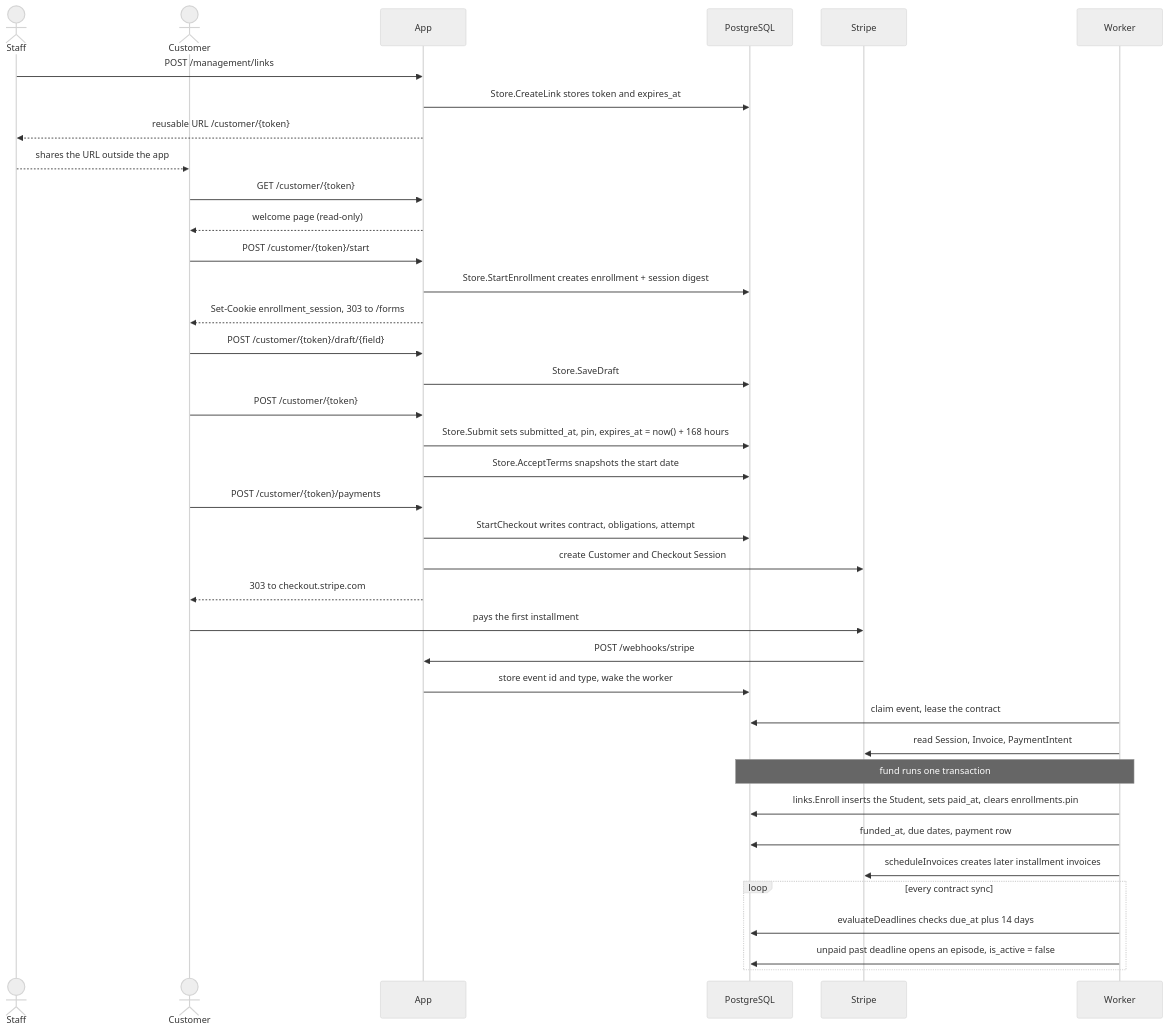
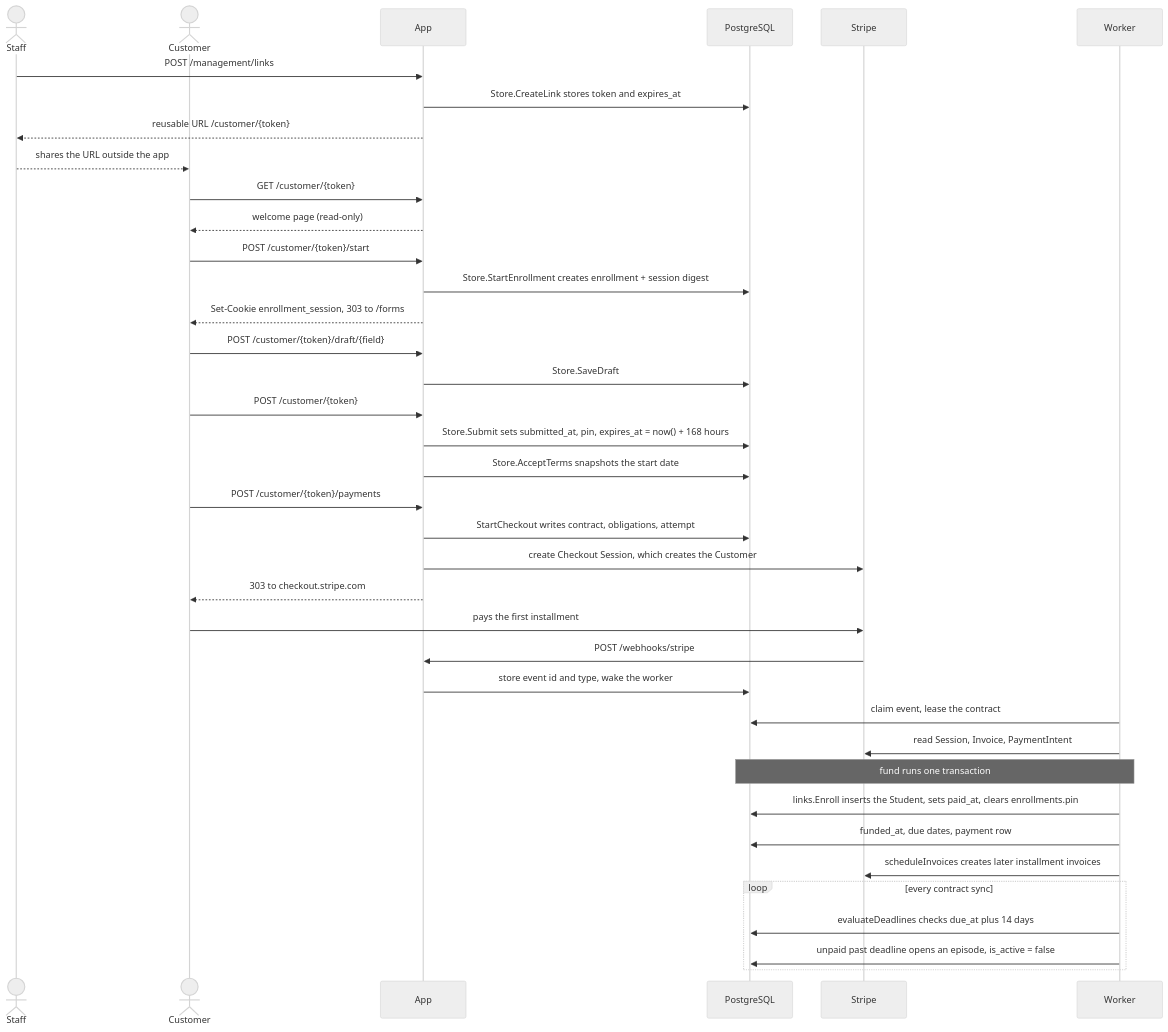
The first of 2 diagrams in docs/domain/lifecycle.md (devGabriel131/ProjectHermes), drawn with Mermaid (neutral theme) before and after one commit. The commit also changed 38 other files, not shown here.

Commit message:
refactor(billing): let Checkout create the Customer and keep the checkout decision DB-only

````diff
--- a/docs/domain/lifecycle.md
+++ b/docs/domain/lifecycle.md
@@ -29,40 +29,40 @@
 ```mermaid
 sequenceDiagram
     actor Staff
     actor Customer
     participant App
     participant PostgreSQL
     participant Stripe
     participant Worker
     Staff->>App: POST /management/links
     App->>PostgreSQL: Store.CreateLink stores token and expires_at
     App-->>Staff: reusable URL /customer/{token}
     Staff-->>Customer: shares the URL outside the app
     Customer->>App: GET /customer/{token}
     App-->>Customer: welcome page (read-only)
     Customer->>App: POST /customer/{token}/start
     App->>PostgreSQL: Store.StartEnrollment creates enrollment + session digest
     App-->>Customer: Set-Cookie enrollment_session, 303 to /forms
     Customer->>App: POST /customer/{token}/draft/{field}
     App->>PostgreSQL: Store.SaveDraft
     Customer->>App: POST /customer/{token}
     App->>PostgreSQL: Store.Submit sets submitted_at, pin, expires_at = now() + 168 hours
     App->>PostgreSQL: Store.AcceptTerms snapshots the start date
     Customer->>App: POST /customer/{token}/payments
     App->>PostgreSQL: StartCheckout writes contract, obligations, attempt
-    App->>Stripe: create Customer and Checkout Session
+    App->>Stripe: create Checkout Session, which creates the Customer
     App-->>Customer: 303 to checkout.stripe.com
     Customer->>Stripe: pays the first installment
     Stripe->>App: POST /webhooks/stripe
     App->>PostgreSQL: store event id and type, wake the worker
     Worker->>PostgreSQL: claim event, lease the contract
     Worker->>Stripe: read Session, Invoice, PaymentIntent
     Note over Worker,PostgreSQL: fund runs one transaction
     Worker->>PostgreSQL: links.Enroll inserts the Student, sets paid_at, clears enrollments.pin
     Worker->>PostgreSQL: funded_at, due dates, payment row
     Worker->>Stripe: scheduleInvoices creates later installment invoices
     loop every contract sync
         Worker->>PostgreSQL: evaluateDeadlines checks due_at plus 14 days
         Worker->>PostgreSQL: unpaid past deadline opens an episode, is_active = false
     end
 ```
````
